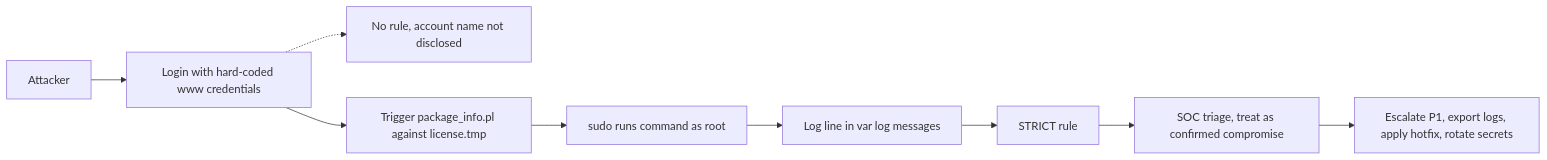
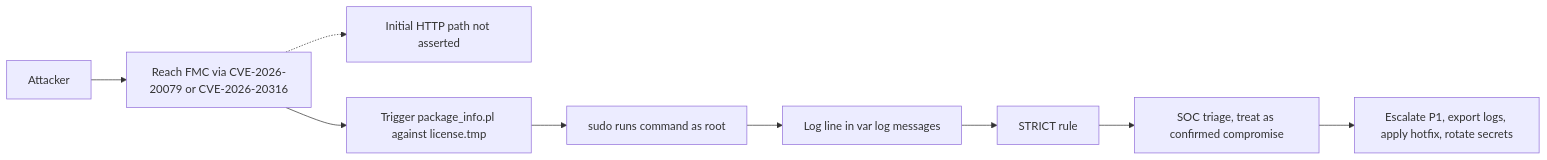
One commit to Hatchepsoute/sigma-rules changed the diagram in CVE-2026-20316_Cisco_FMC_Static_Credential/diagrams/DIAGRAM_CVE-2026-20316_ATTACK_DETECTION_RESPONSE_EN.mmd. Above: the diagram before and after it, drawn with Mermaid. The commit also changed 130 other files, not shown here.

```diff
--- a/CVE-2026-20316_Cisco_FMC_Static_Credential/diagrams/DIAGRAM_CVE-2026-20316_ATTACK_DETECTION_RESPONSE_EN.mmd
+++ b/CVE-2026-20316_Cisco_FMC_Static_Credential/diagrams/DIAGRAM_CVE-2026-20316_ATTACK_DETECTION_RESPONSE_EN.mmd
@@ -1,9 +1,9 @@
 flowchart LR
-    A[Attacker] --> B[Login with hard-coded www credentials]
-    B -.-> C[No rule, account name not disclosed]
+    A[Attacker] --> B[Reach FMC via CVE-2026-20079 or CVE-2026-20316]
+    B -.-> C[Initial HTTP path not asserted]
     B --> D[Trigger package_info.pl against license.tmp]
     D --> E[sudo runs command as root]
     E --> F[Log line in var log messages]
     F --> G[STRICT rule]
     G --> H[SOC triage, treat as confirmed compromise]
     H --> I[Escalate P1, export logs, apply hotfix, rotate secrets]
```
